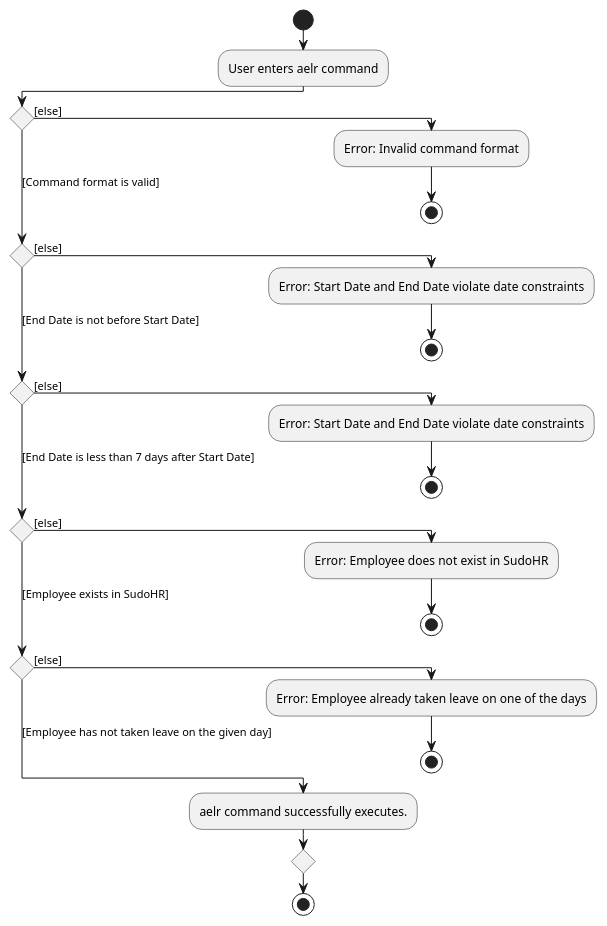
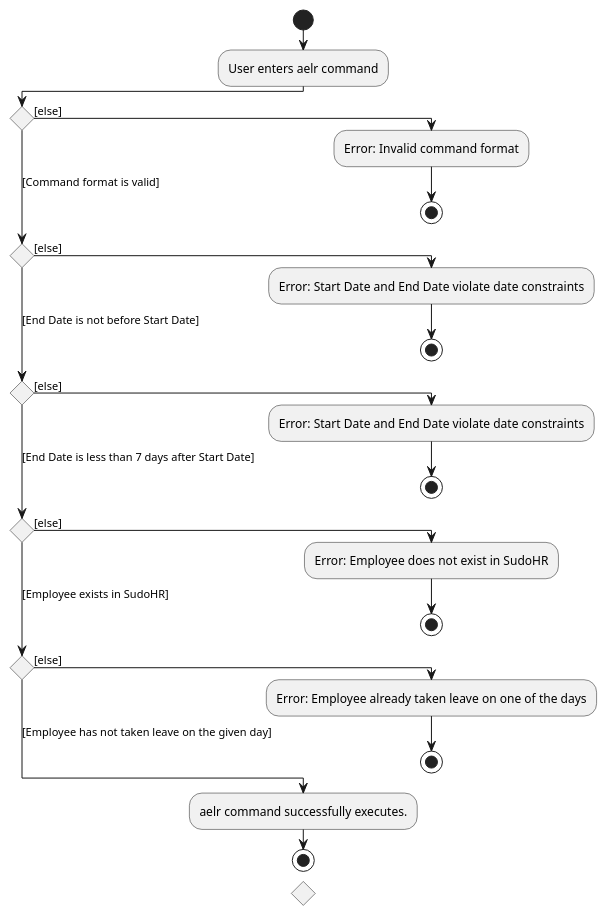
The diagram in docs/diagrams/commands/leaves/AddEmployeeToLeaveFromToActivityDiagram.puml (nus-cs2103-AY2223S2/tp), drawn with PlantUML before and after one commit. The commit also changed 4 other files, not shown here.

Commit message:
Crop uml and format toc

```diff
--- a/docs/diagrams/commands/leaves/AddEmployeeToLeaveFromToActivityDiagram.puml
+++ b/docs/diagrams/commands/leaves/AddEmployeeToLeaveFromToActivityDiagram.puml
@@ -1,24 +1,23 @@
 @startuml
 !pragma useVerticalIf on
 start
 :User enters aelr command;
 if () then ([else])
   :Error: Invalid command format;
   stop
 ([Command format is valid]) elseif () then ([else])
   :Error: Start Date and End Date violate date constraints;
   stop
 ([End Date is not before Start Date]) elseif () then ([else])
   :Error: Start Date and End Date violate date constraints;
   stop
 ([End Date is less than 7 days after Start Date]) elseif () then ([else])
   :Error: Employee does not exist in SudoHR;
   stop
 ([Employee exists in SudoHR]) elseif () then ([else])
   :Error: Employee already taken leave on one of the days;
   stop
  else ([Employee has not taken leave on the given day])
   :aelr command successfully executes.;
-endif
 stop
 @enduml
```
